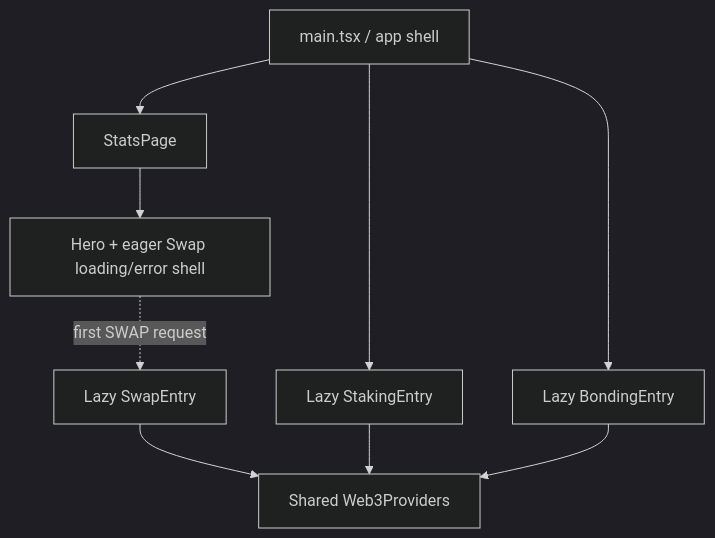
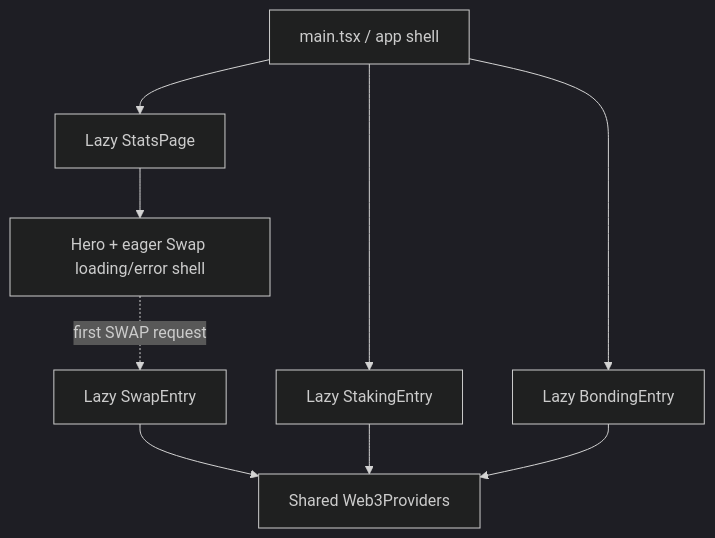
Before and after one commit to lx-production/prana-stats-revamp: the diagram in docs/SHARED_CODE_ARCHITECTURE.md, drawn with Mermaid (dark theme). The commit also changed other lines of this file and 2 other files, not shown here.

````diff
--- a/docs/SHARED_CODE_ARCHITECTURE.md
+++ b/docs/SHARED_CODE_ARCHITECTURE.md
@@ -25,19 +28,19 @@
 ```mermaid
 flowchart TD
   root["main.tsx / app shell"]
-  stats["StatsPage"]
+  stats["Lazy StatsPage"]
   hero["Hero + eager Swap loading/error shell"]
   swap["Lazy SwapEntry"]
   staking["Lazy StakingEntry"]
   bonding["Lazy BondingEntry"]
   web3["Shared Web3Providers"]
 
   root --> stats
   root --> staking
   root --> bonding
   stats --> hero
   hero -. "first SWAP request" .-> swap
   swap --> web3
   staking --> web3
   bonding --> web3
 ```
````
